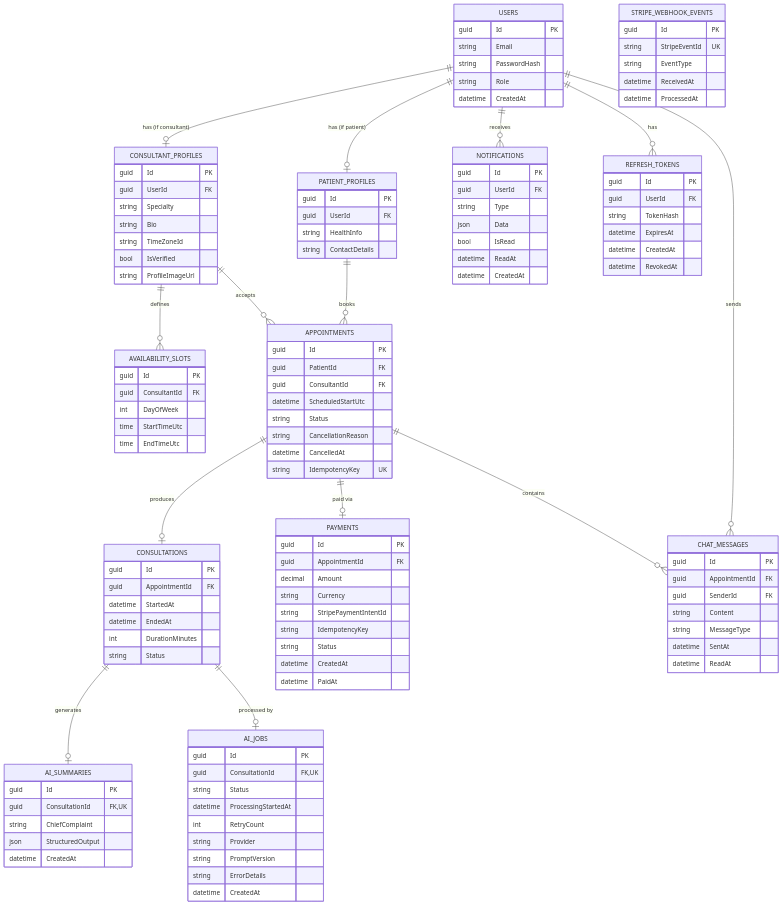
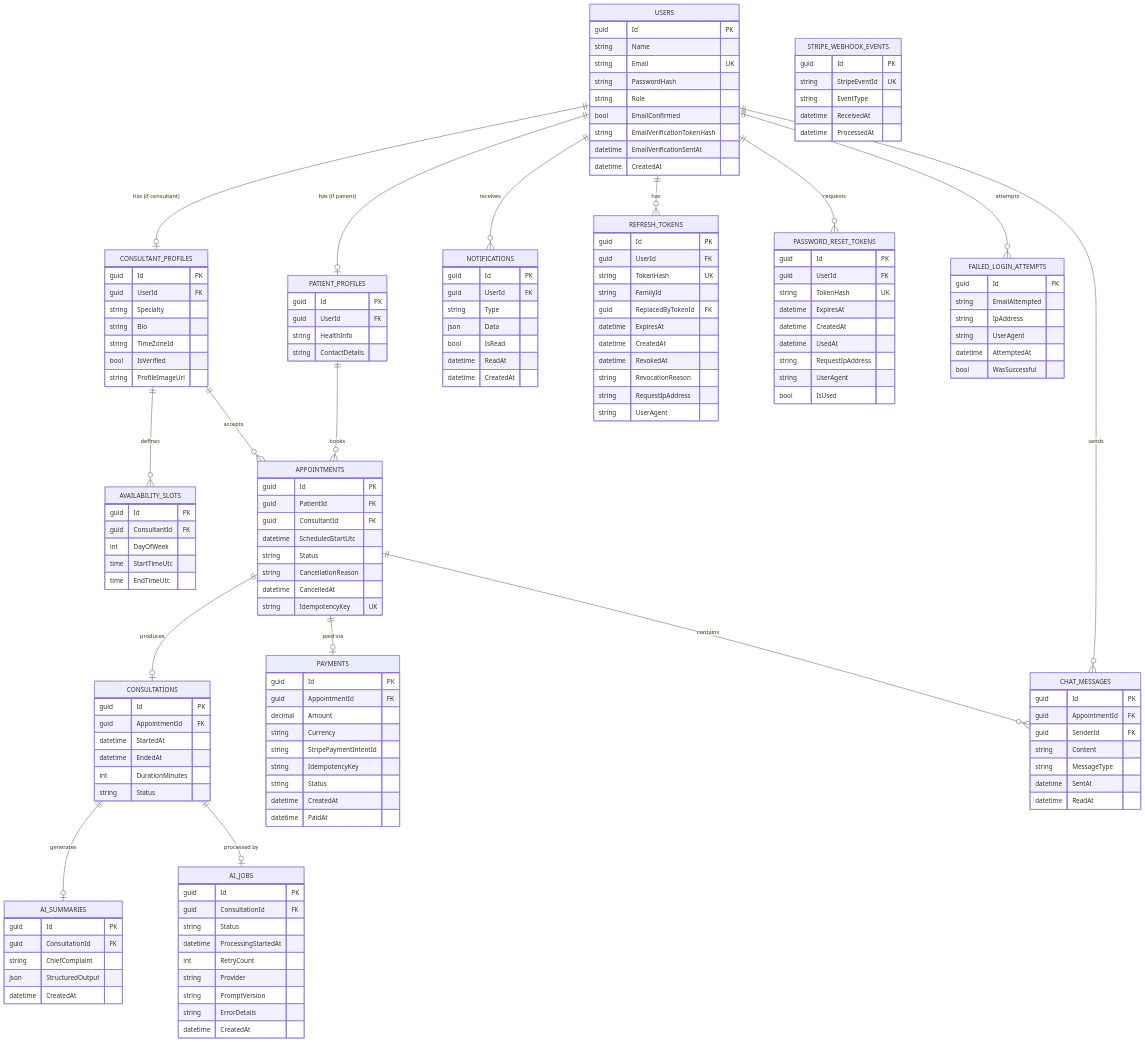
The diagram in ERD/ERD_complete.md (Marwansalem122/-Full-Stack-Telehealth-App-Flutter-BLoC-Dotnet-core10-Masterclass-Clean-Architecture-WebRTC-Stripe), drawn with Mermaid before and after one commit. The commit also changed other lines of this file and 6 other files, not shown here.

````diff
--- a/ERD/ERD_complete.md
+++ b/ERD/ERD_complete.md
@@ -20,12 +20,18 @@
     CONSULTATIONS ||--o| AI_JOBS : "processed by"
     USERS ||--o{ NOTIFICATIONS : receives
     USERS ||--o{ REFRESH_TOKENS : has
+    USERS ||--o{ PASSWORD_RESET_TOKENS : "requests"
+    USERS ||--o{ FAILED_LOGIN_ATTEMPTS : "attempts"
 
     USERS {
         guid Id PK
-        string Email
+        string Name
+        string Email UK
         string PasswordHash
         string Role
+        bool EmailConfirmed
+        string EmailVerificationTokenHash
+        datetime EmailVerificationSentAt
         datetime CreatedAt
     }
 
@@ -98,7 +104,7 @@
 
     AI_SUMMARIES {
         guid Id PK
-        guid ConsultationId FK, UK
+        guid ConsultationId FK
         string ChiefComplaint
         json StructuredOutput
         datetime CreatedAt
@@ -106,7 +112,7 @@
 
     AI_JOBS {
         guid Id PK
-        guid ConsultationId FK, UK
+        guid ConsultationId FK
         string Status
         datetime ProcessingStartedAt
         int RetryCount
@@ -129,10 +135,15 @@
     REFRESH_TOKENS {
         guid Id PK
         guid UserId FK
-        string TokenHash
+        string TokenHash UK
+        string FamilyId
+        guid ReplacedByTokenId FK
         datetime ExpiresAt
         datetime CreatedAt
         datetime RevokedAt
+        string RevocationReason
+        string RequestIpAddress
+        string UserAgent
     }
 
     STRIPE_WEBHOOK_EVENTS {
@@ -142,4 +153,25 @@
         datetime ReceivedAt
         datetime ProcessedAt
     }
+
+    PASSWORD_RESET_TOKENS {
+        guid Id PK
+        guid UserId FK
+        string TokenHash UK
+        datetime ExpiresAt
+        datetime CreatedAt
+        datetime UsedAt
+        string RequestIpAddress
+        string UserAgent
+        bool IsUsed
+    }
+
+    FAILED_LOGIN_ATTEMPTS {
+        guid Id PK
+        string EmailAttempted
+        string IpAddress
+        string UserAgent
+        datetime AttemptedAt
+        bool WasSuccessful
+    }
 ```
````
